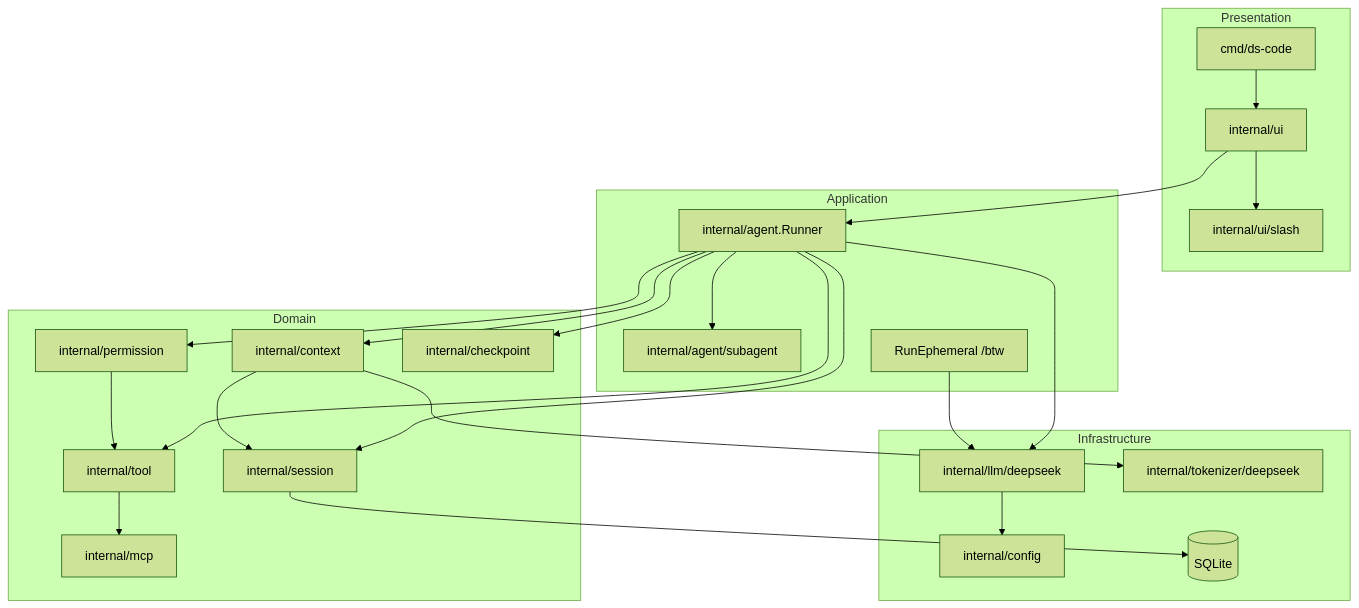
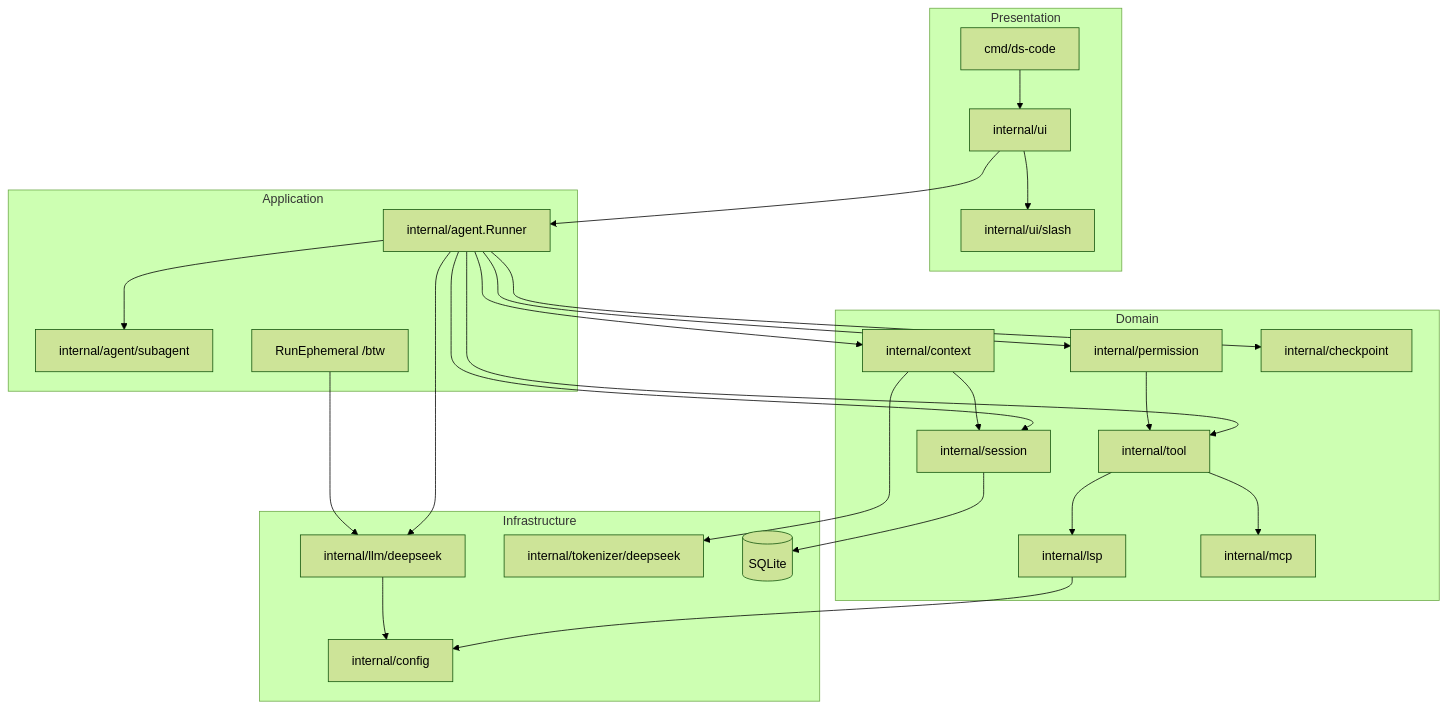
The first of 3 diagrams in docs/DESIGN.md (wzhejunqiu/ds-code), drawn with Mermaid (forest theme) before and after one commit. The commit also changed other lines of this file and 19 other files, not shown here.

````diff
--- a/docs/DESIGN.md
+++ b/docs/DESIGN.md
@@ -56,48 +56,51 @@
 ```mermaid
 flowchart TB
   subgraph presentation [Presentation]
     CLI[cmd/ds-code]
     TUI[internal/ui]
     Slash[internal/ui/slash]
   end
 
   subgraph application [Application]
     Runner[internal/agent.Runner]
     SubRunner[internal/agent/subagent]
     Ephemeral[RunEphemeral /btw]
   end
 
   subgraph domain [Domain]
     CtxPkg[internal/context]
     Perm[internal/permission]
     Sess[internal/session]
     CP[internal/checkpoint]
     Tools[internal/tool]
+    LSP[internal/lsp]
     MCP[internal/mcp]
   end
 
   subgraph infrastructure [Infrastructure]
     LLM[internal/llm/deepseek]
     Tok[internal/tokenizer/deepseek]
     Config[internal/config]
     DB[(SQLite)]
   end
 
   CLI --> TUI
   TUI --> Slash
   TUI --> Runner
   Runner --> CtxPkg
   Runner --> Perm
   Runner --> Sess
   Runner --> CP
   Runner --> Tools
   Runner --> LLM
   Runner --> SubRunner
   Ephemeral --> LLM
+  Tools --> LSP
   Tools --> MCP
+  LSP --> Config
   Perm --> Tools
   Sess --> DB
   CtxPkg --> Sess
   CtxPkg --> Tok
   LLM --> Config
 ```
````
